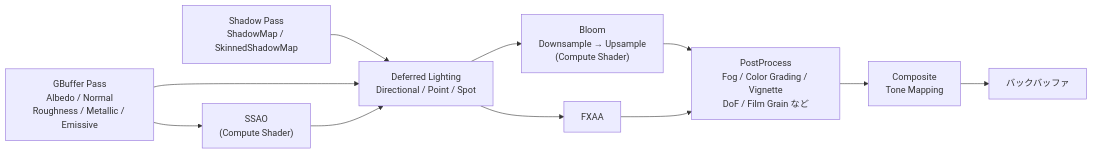
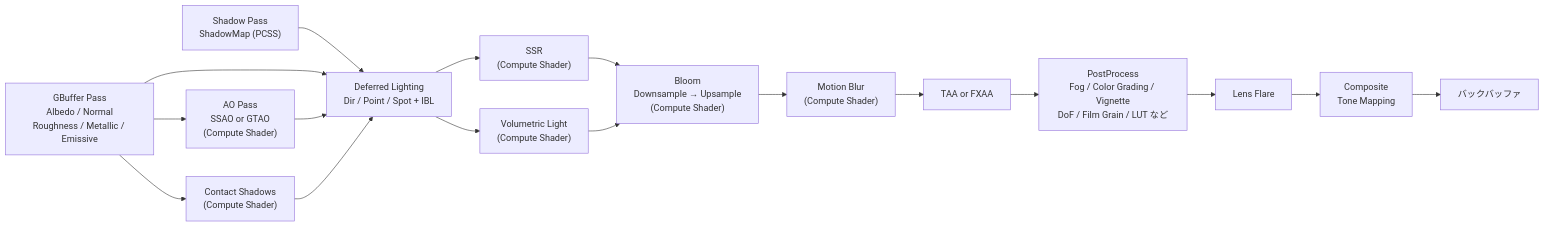
Before and after one commit to HasegawaJin/FBZZ_Engine: the second of 3 diagrams in README.md, drawn with Mermaid. The commit also changed other lines of this file and 4 other files, not shown here.

First line of the commit message:
[Chore] README を最新機能に追随・Docs/architecture を削除

````diff
--- a/README.md
+++ b/README.md
@@ -382,23 +438,34 @@
 ```mermaid
 graph LR
-    Shadow["Shadow Pass\nShadowMap / SkinnedShadowMap"]
+    Shadow["Shadow Pass\nShadowMap (PCSS)"]
     GBuf["GBuffer Pass\nAlbedo / Normal\nRoughness / Metallic / Emissive"]
-    SSAO["SSAO\n(Compute Shader)"]
-    Light["Deferred Lighting\nDirectional / Point / Spot"]
+    AO["AO Pass\nSSAO or GTAO\n(Compute Shader)"]
+    Contact["Contact Shadows\n(Compute Shader)"]
+    Light["Deferred Lighting\nDir / Point / Spot + IBL"]
+    SSR["SSR\n(Compute Shader)"]
+    VL["Volumetric Light\n(Compute Shader)"]
     Bloom["Bloom\nDownsample → Upsample\n(Compute Shader)"]
-    FXAA["FXAA"]
-    PP["PostProcess\nFog / Color Grading / Vignette\nDoF / Film Grain など"]
+    MB["Motion Blur\n(Compute Shader)"]
+    TAA_FXAA["TAA or FXAA"]
+    PP["PostProcess\nFog / Color Grading / Vignette\nDoF / Film Grain / LUT など"]
+    LF["Lens Flare"]
     Comp["Composite\nTone Mapping"]
     BB["バックバッファ"]
 
     Shadow --> Light
-    GBuf --> SSAO
+    GBuf --> AO
+    GBuf --> Contact
     GBuf --> Light
-    SSAO --> Light
-    Light --> Bloom
-    Light --> FXAA
-    Bloom --> PP
-    FXAA --> PP
-    PP --> Comp
+    AO --> Light
+    Contact --> Light
+    Light --> SSR
+    Light --> VL
+    SSR --> Bloom
+    VL --> Bloom
+    Bloom --> MB
+    MB --> TAA_FXAA
+    TAA_FXAA --> PP
+    PP --> LF
+    LF --> Comp
     Comp --> BB
 ```
````
